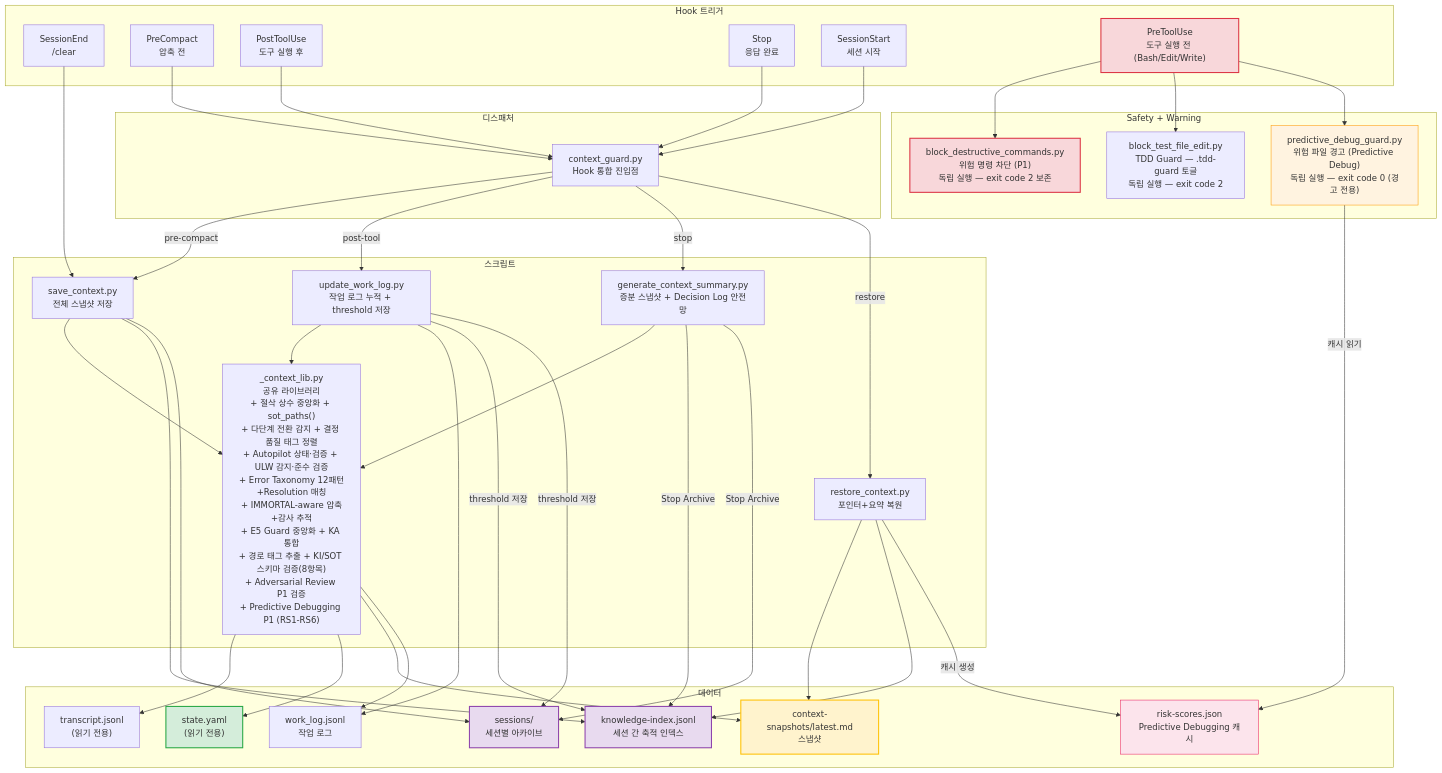
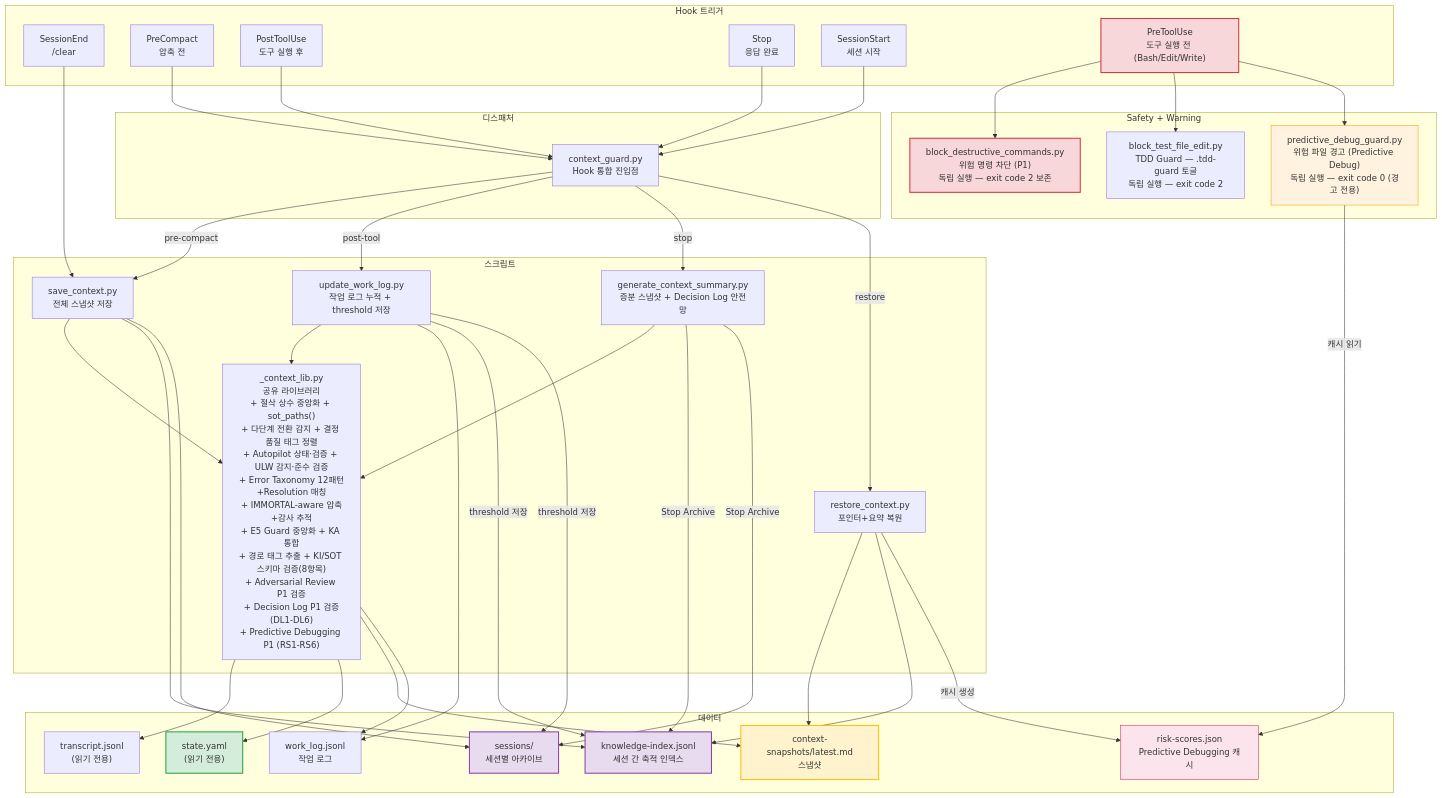
Before and after one commit to mosesrodchoi-stack/GlobalNews-Crawling-AgenticWorkflow: the seventh of 14 diagrams in AGENTICWORKFLOW-ARCHITECTURE-AND-PHILOSOPHY.md, drawn with Mermaid. The commit also changed other lines of this file and 11 other files, not shown here.

First line of the commit message:
feat: Autopilot 구조적 보강 — Decision Log P1 검증(DL1-DL6) + HQ Gates + ST7 + 문서 동기화

````diff
--- a/AGENTICWORKFLOW-ARCHITECTURE-AND-PHILOSOPHY.md
+++ b/AGENTICWORKFLOW-ARCHITECTURE-AND-PHILOSOPHY.md
@@ -684,81 +684,81 @@
 ```mermaid
 graph TB
     subgraph "Hook 트리거"
         SE["SessionEnd<br/>/clear"]
         PC["PreCompact<br/>압축 전"]
         PTU["PostToolUse<br/>도구 실행 후"]
         ST["Stop<br/>응답 완료"]
         SS["SessionStart<br/>세션 시작"]
         PRTU["PreToolUse<br/>도구 실행 전 (Bash/Edit/Write)"]
     end
 
     subgraph "디스패처"
         CG["context_guard.py<br/>Hook 통합 진입점"]
     end
 
     subgraph "Safety + Warning"
         BDC["block_destructive_commands.py<br/>위험 명령 차단 (P1)<br/>독립 실행 — exit code 2 보존"]
         BTFE["block_test_file_edit.py<br/>TDD Guard — .tdd-guard 토글<br/>독립 실행 — exit code 2"]
         PDG["predictive_debug_guard.py<br/>위험 파일 경고 (Predictive Debug)<br/>독립 실행 — exit code 0 (경고 전용)"]
     end
 
     subgraph "스크립트"
         SAVE["save_context.py<br/>전체 스냅샷 저장"]
         UWL["update_work_log.py<br/>작업 로그 누적 + threshold 저장"]
         GCS["generate_context_summary.py<br/>증분 스냅샷 + Decision Log 안전망"]
         REST["restore_context.py<br/>포인터+요약 복원"]
-        LIB["_context_lib.py<br/>공유 라이브러리<br/>+ 절삭 상수 중앙화 + sot_paths()<br/>+ 다단계 전환 감지 + 결정 품질 태그 정렬<br/>+ Autopilot 상태·검증 + ULW 감지·준수 검증<br/>+ Error Taxonomy 12패턴+Resolution 매칭<br/>+ IMMORTAL-aware 압축+감사 추적<br/>+ E5 Guard 중앙화 + KA 통합<br/>+ 경로 태그 추출 + KI/SOT 스키마 검증(8항목)<br/>+ Adversarial Review P1 검증<br/>+ Predictive Debugging P1 (RS1-RS6)"]
+        LIB["_context_lib.py<br/>공유 라이브러리<br/>+ 절삭 상수 중앙화 + sot_paths()<br/>+ 다단계 전환 감지 + 결정 품질 태그 정렬<br/>+ Autopilot 상태·검증 + ULW 감지·준수 검증<br/>+ Error Taxonomy 12패턴+Resolution 매칭<br/>+ IMMORTAL-aware 압축+감사 추적<br/>+ E5 Guard 중앙화 + KA 통합<br/>+ 경로 태그 추출 + KI/SOT 스키마 검증(8항목)<br/>+ Adversarial Review P1 검증<br/>+ Decision Log P1 검증(DL1-DL6)<br/>+ Predictive Debugging P1 (RS1-RS6)"]
     end
 
     subgraph "데이터"
         SNAP["context-snapshots/latest.md<br/>스냅샷"]
         WLOG["work_log.jsonl<br/>작업 로그"]
         KI["knowledge-index.jsonl<br/>세션 간 축적 인덱스"]
         SESS["sessions/<br/>세션별 아카이브"]
         TRANS["transcript.jsonl<br/>(읽기 전용)"]
         SOT2["state.yaml<br/>(읽기 전용)"]
         RISK["risk-scores.json<br/>Predictive Debugging 캐시"]
     end
 
     SE --> SAVE
     PC --> CG
     PTU --> CG
     ST --> CG
     SS --> CG
     PRTU --> BDC
     PRTU --> BTFE
     PRTU --> PDG
     CG -->|pre-compact| SAVE
     CG -->|post-tool| UWL
     CG -->|stop| GCS
     CG -->|restore| REST
 
     SAVE --> LIB
     UWL --> LIB
     GCS --> LIB
 
     LIB --> TRANS
     LIB --> SOT2
     LIB --> SNAP
     UWL --> WLOG
     LIB --> WLOG
     SAVE --> KI
     SAVE --> SESS
     GCS -->|"Stop Archive"| KI
     GCS -->|"Stop Archive"| SESS
     UWL -->|"threshold 저장"| KI
     UWL -->|"threshold 저장"| SESS
     REST --> SNAP
     REST --> KI
     REST -->|"캐시 생성"| RISK
     PDG -->|"캐시 읽기"| RISK
 
     style SOT2 fill:#d4edda,stroke:#28a745,stroke-width:2px
     style SNAP fill:#fff3cd,stroke:#ffc107,stroke-width:2px
     style KI fill:#e8daef,stroke:#8e44ad,stroke-width:2px
     style SESS fill:#e8daef,stroke:#8e44ad,stroke-width:2px
     style RISK fill:#fce4ec,stroke:#e91e63,stroke-width:1px
     style PDG fill:#fff3e0,stroke:#ff9800,stroke-width:1px
     style BDC fill:#f8d7da,stroke:#dc3545,stroke-width:2px
     style PRTU fill:#f8d7da,stroke:#dc3545,stroke-width:2px
 ```
````
